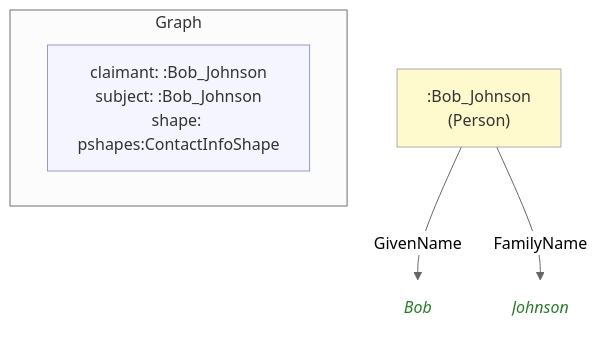
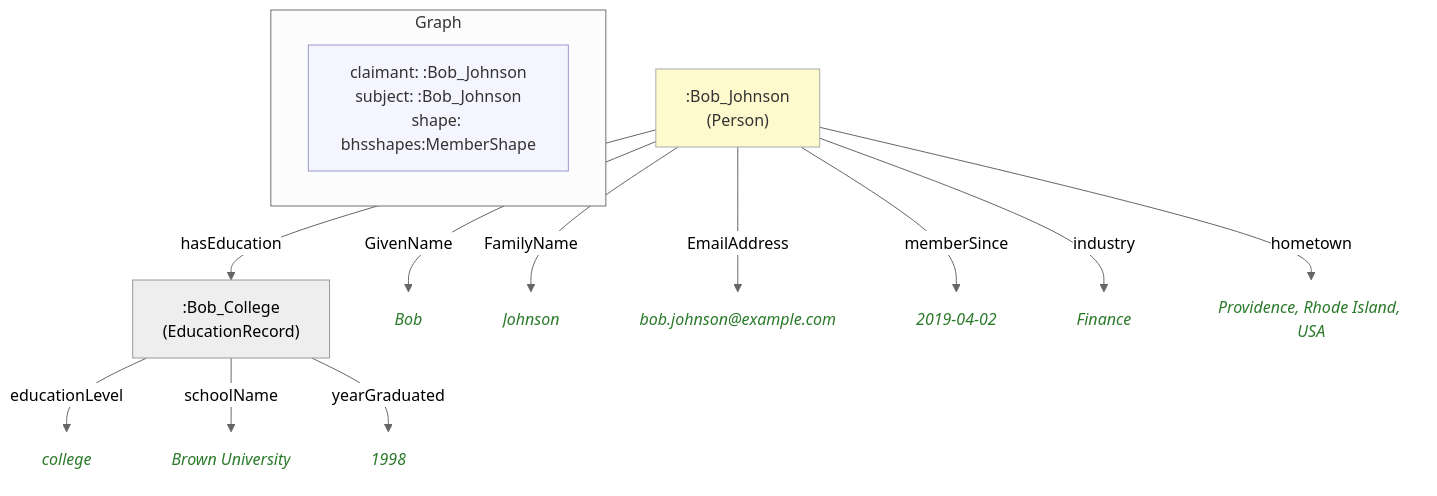
The diagram in example/graphs/images/graph-03.mmd (MeeFoundation/mia-ontologies), drawn with Mermaid (neutral theme) before and after one commit. The commit also changed 31 other files, not shown here.

```diff
--- a/example/graphs/images/graph-03.mmd
+++ b/example/graphs/images/graph-03.mmd
@@ -1,18 +1,34 @@
 flowchart TD
     classDef person fill:#fffacd,stroke:#aaa,color:#333
     classDef org    fill:#cce5ff,stroke:#aaa,color:#333
     classDef service fill:#e6e6e6,stroke:#aaa,color:#333
     classDef lit    fill:none,stroke:none,font-style:italic,color:#2a7a2a
     classDef meta   fill:#f5f5ff,stroke:#9999cc,color:#333
 
     subgraph ctx["Graph"]
         direction LR
-        ctx_meta["claimant: :Bob_Johnson\nsubject: :Bob_Johnson\nshape: pshapes:ContactInfoShape"]:::meta
+        ctx_meta["claimant: :Bob_Johnson\nsubject: :Bob_Johnson\nshape: bhsshapes:MemberShape"]:::meta
     end
 
+    n0699203bf0c8[":Bob_College\n(EducationRecord)"]
+    n97d212577de9("college"):::lit
+    n24ed84422da3("Brown University"):::lit
+    n0c786a8253ba("1998"):::lit
     ncec7d6304e56[":Bob_Johnson\n(Person)"]:::person
-    n1830fcdcbd21("Bob"):::lit
-    n15f83b24f95b("Johnson"):::lit
+    n94853aa883da("Bob"):::lit
+    n509384f962be("Johnson"):::lit
+    n73b0fb556cba("bob.johnson@example.com"):::lit
+    nc32061e1c940("2019-04-02"):::lit
+    n4c6d84778b68("Finance"):::lit
+    nd935a647c06b("Providence, Rhode Island, USA"):::lit
 
-    ncec7d6304e56 -->|"GivenName"| n1830fcdcbd21
-    ncec7d6304e56 -->|"FamilyName"| n15f83b24f95b
+    n0699203bf0c8 -->|"educationLevel"| n97d212577de9
+    n0699203bf0c8 -->|"schoolName"| n24ed84422da3
+    n0699203bf0c8 -->|"yearGraduated"| n0c786a8253ba
+    ncec7d6304e56 -->|"GivenName"| n94853aa883da
+    ncec7d6304e56 -->|"FamilyName"| n509384f962be
+    ncec7d6304e56 -->|"EmailAddress"| n73b0fb556cba
+    ncec7d6304e56 -->|"memberSince"| nc32061e1c940
+    ncec7d6304e56 -->|"industry"| n4c6d84778b68
+    ncec7d6304e56 -->|"hometown"| nd935a647c06b
+    ncec7d6304e56 -->|"hasEducation"| n0699203bf0c8
```
